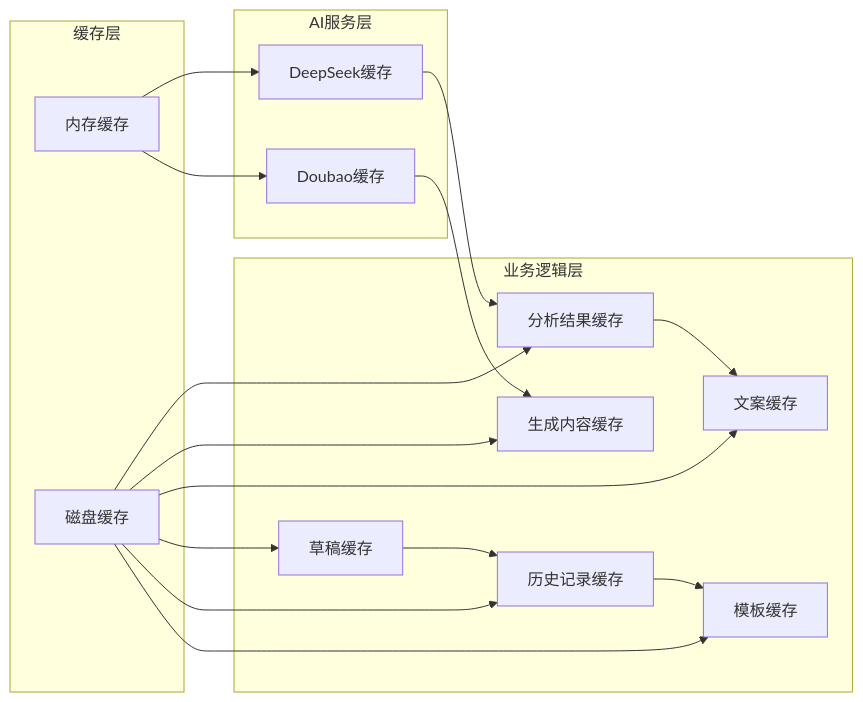
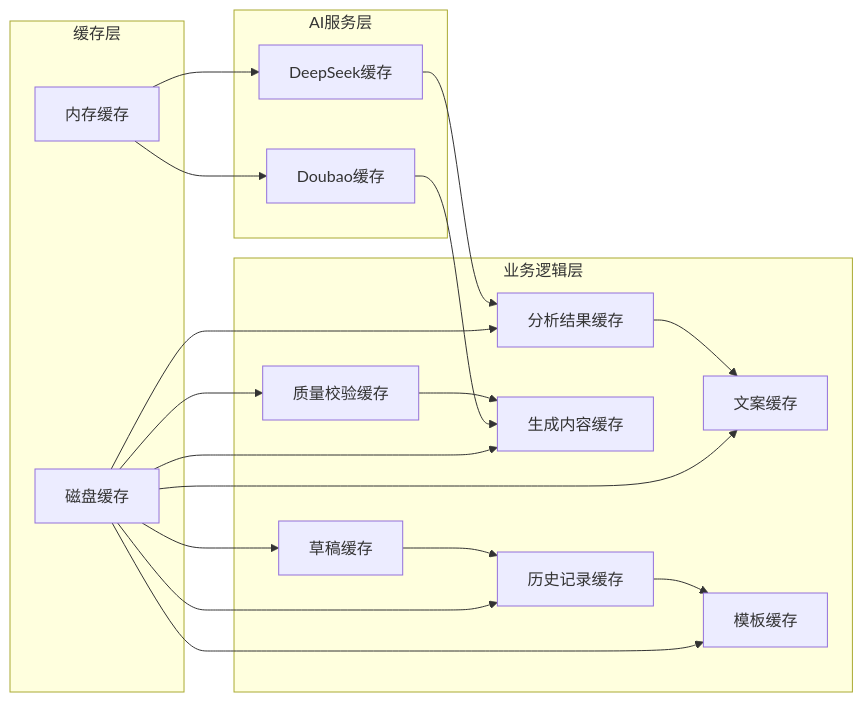
One commit to songdiyang/clawOperations changed diagram 17 of 17 in .qoder/repowiki/zh/content/核心模块详解/Web界面系统/AI创作页面.md. Above: the diagram before and after it, drawn with Mermaid. The commit also changed other lines of this file and 6 other files, not shown here.

````diff
--- a/.qoder/repowiki/zh/content/核心模块详解/Web界面系统/AI创作页面.md
+++ b/.qoder/repowiki/zh/content/核心模块详解/Web界面系统/AI创作页面.md
@@ -727,32 +850,35 @@
 ```mermaid
 graph LR
 subgraph "缓存层"
 Memory[内存缓存]
 Disk[磁盘缓存]
 end
 subgraph "AI服务层"
 DS[DeepSeek缓存]
 DB[Doubao缓存]
 end
 subgraph "业务逻辑层"
 Analyzer[分析结果缓存]
 Content[生成内容缓存]
 Copywriting[文案缓存]
 Draft[草稿缓存]
 History[历史记录缓存]
 Template[模板缓存]
+Quality[质量校验缓存]
 end
 Memory --> DS
 Memory --> DB
 Disk --> Analyzer
 Disk --> Content
 Disk --> Copywriting
 Disk --> Draft
 Disk --> History
 Disk --> Template
+Disk --> Quality
 DS --> Analyzer
 DB --> Content
 Analyzer --> Copywriting
 Draft --> History
 History --> Template
+Quality --> Content
 ```
````
